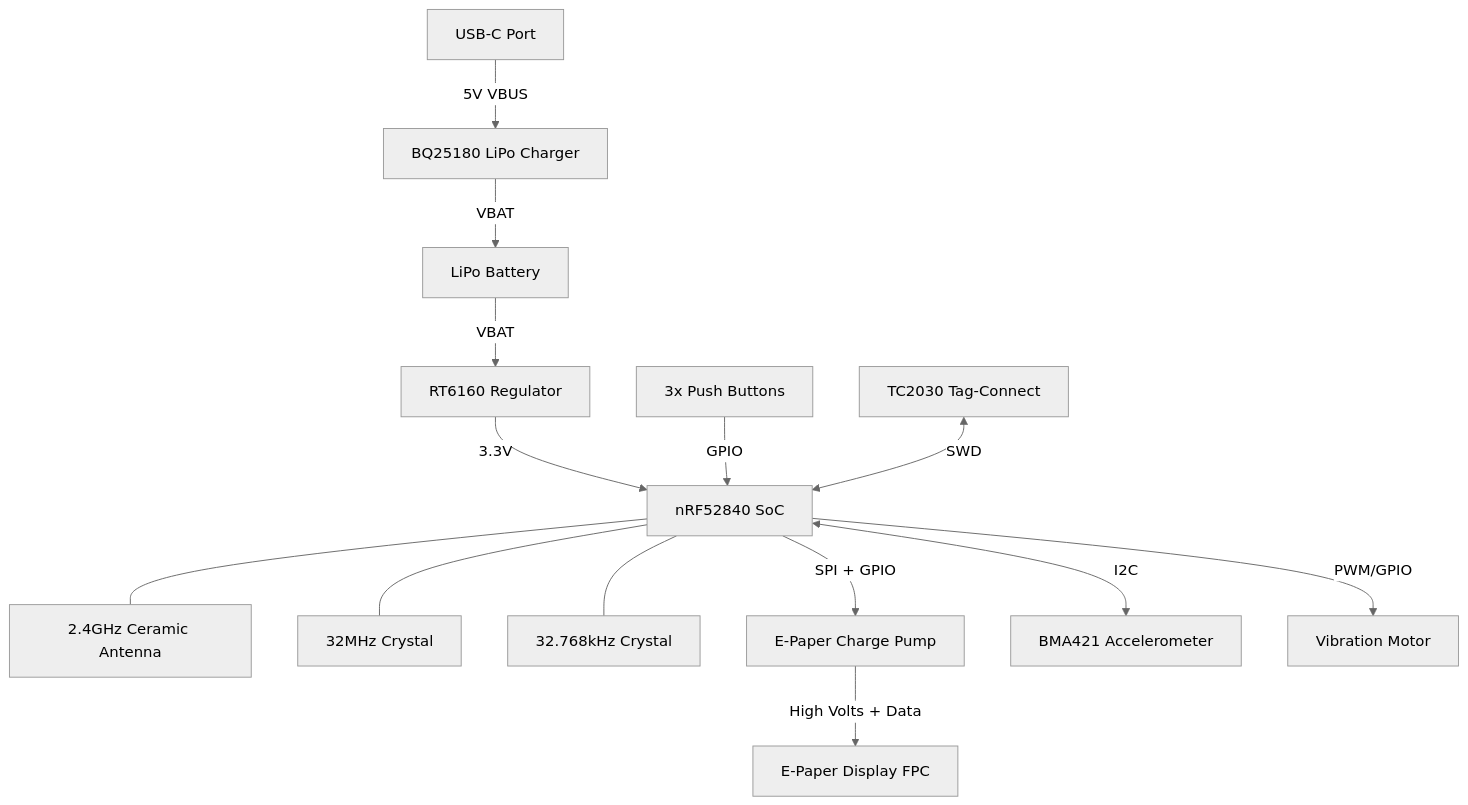
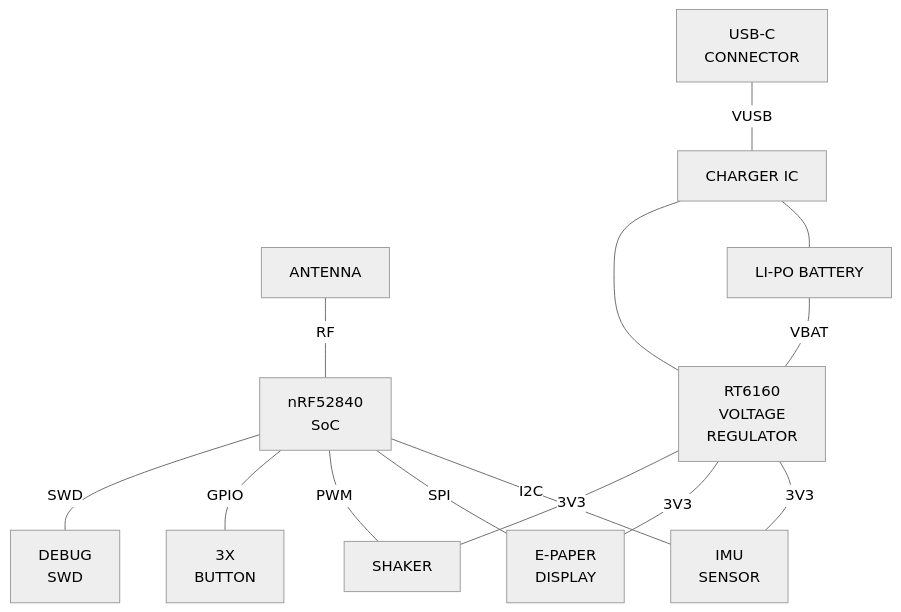
The diagram in README.md (mihaelul/InkTime---NM), drawn with Mermaid (neutral theme) before and after one commit. The commit also changed other lines of this file, not shown here.

````diff
--- a/README.md
+++ b/README.md
@@ -6,25 +6,22 @@
 ```mermaid
 graph TD
-    %% Power Subsystem
-    USB[USB-C Port] -->|5V VBUS| Charger[BQ25180 LiPo Charger]
-    Charger -->|VBAT| Battery[LiPo Battery]
-    Battery -->|VBAT| LDO[RT6160 Regulator]
-    LDO -->|3.3V| MCU
 
-    %% Processing & Connectvity
-    MCU[nRF52840 SoC] --- ANT[2.4GHz Ceramic Antenna]
-    MCU --- X1[32MHz Crystal]
-    MCU --- X2[32.768kHz Crystal]
+    ANTENNA[ANTENNA] ---|RF| SOC[nRF52840 <br> SoC]
+    
+    %% Peripherals and Interfaces
+    SOC ---|I2C| IMU[IMU <br> SENSOR]
+    SOC ---|SPI| EPD[E-PAPER <br> DISPLAY]
+    SOC ---|PWM| SHAKER[SHAKER]
+    SOC ---|GPIO| BTN[3X <br> BUTTON]
+    SOC ---|SWD| DEBUG[DEBUG <br> SWD]
 
-    %% Display
-    MCU -->|SPI + GPIO| Pump[E-Paper Charge Pump]
-    Pump -->|High Volts + Data| EPD[E-Paper Display FPC]
+    USB[USB-C <br> CONNECTOR] ---|VUSB| CHARGER[CHARGER IC]
+    CHARGER --- BATTERY[LI-PO BATTERY]
+    CHARGER --- VREG[RT6160 <br> VOLTAGE <br> REGULATOR]
+    BATTERY ---|VBAT| VREG
 
-    %% Sensors & Haptics
-    MCU <-->|I2C| BMA[BMA421 Accelerometer]
-    MCU -->|PWM/GPIO| Motor[Vibration Motor]
-
-    %% User Input & Debug
-    Btns[3x Push Buttons] -->|GPIO| MCU
-    Debug[TC2030 Tag-Connect] <-->|SWD| MCU
+    %% 3V3 Power Rails
+    VREG ---|3V3| IMU
+    VREG ---|3V3| EPD
+    VREG ---|3V3| SHAKER
 ```
````
